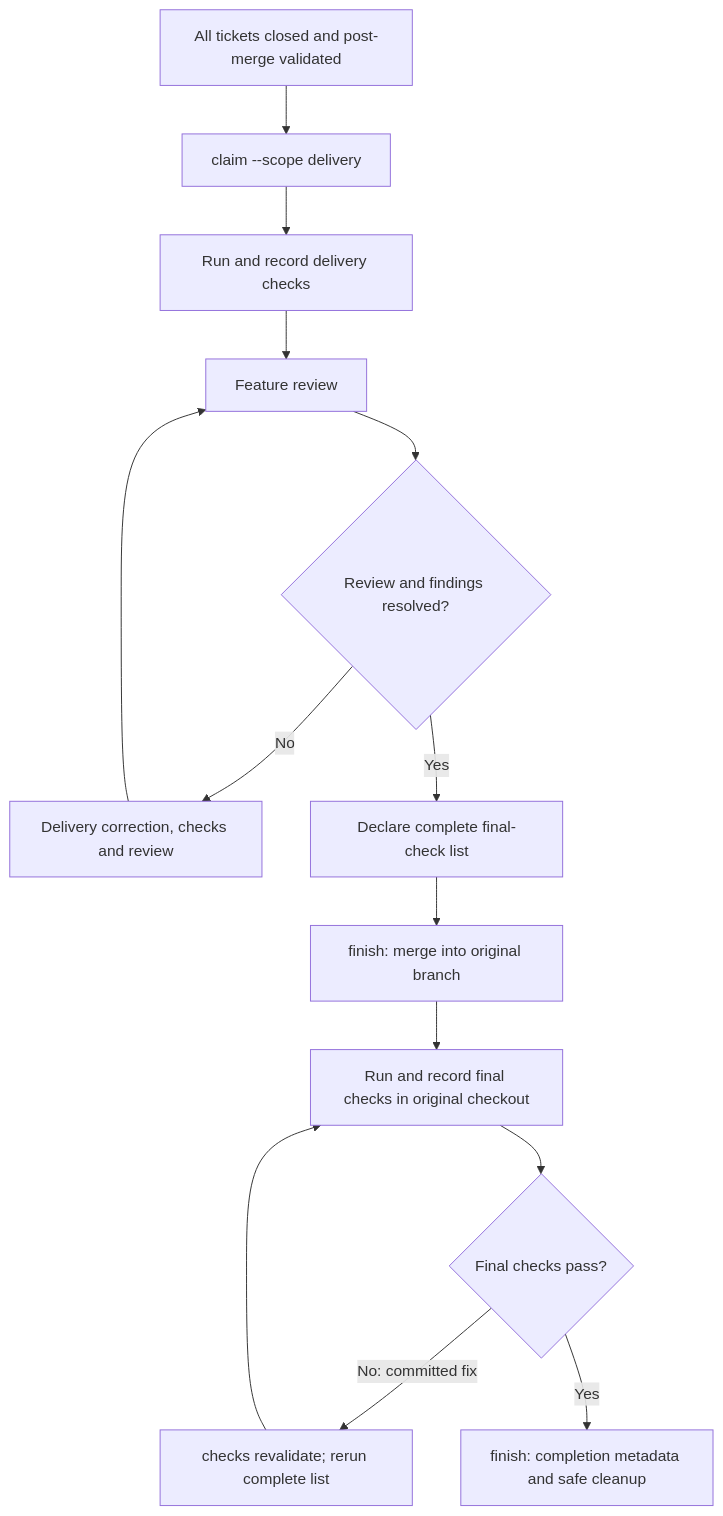
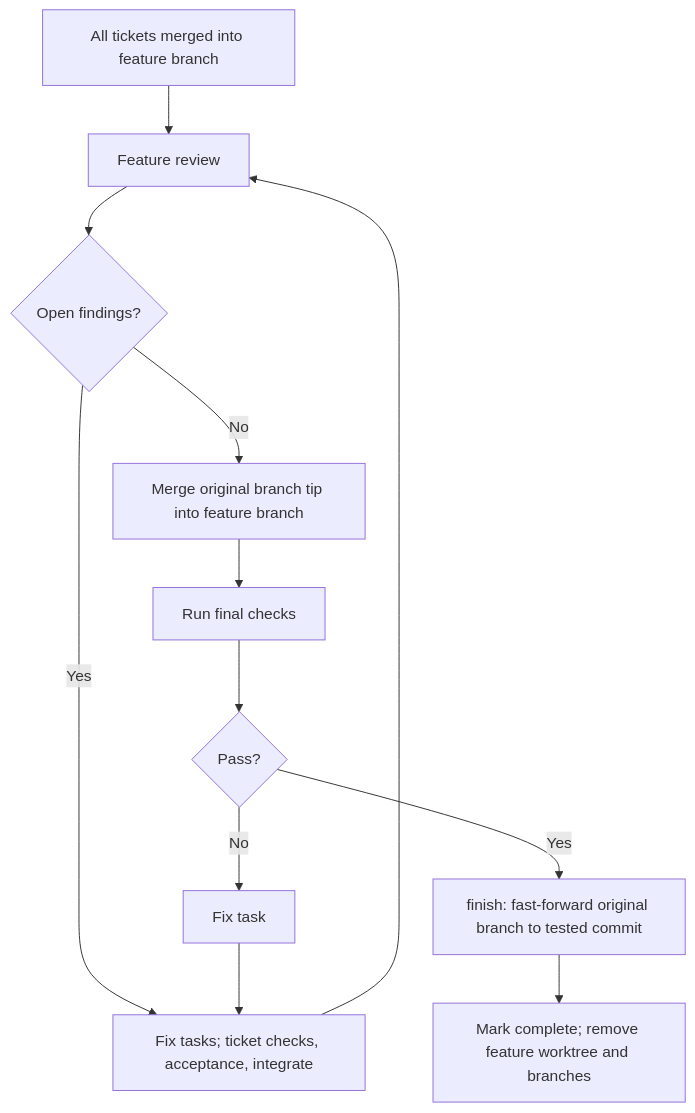
One commit to UseTheFork/spindle changed the seventh of 7 diagrams in SDD-WORKFLOWS.md. Above: the diagram before and after it, drawn with Mermaid. The commit also changed other lines of this file and 1 other file, not shown here.

````diff
--- a/SDD-WORKFLOWS.md
+++ b/SDD-WORKFLOWS.md
@@ -206,16 +282,14 @@
 ```mermaid
 flowchart TD
-    A["All tickets closed and post-merge validated"] --> B["claim --scope delivery"]
-    B --> C["Run and record delivery checks"]
-    C --> D["Feature review"]
-    D --> E{"Review and findings resolved?"}
-    E -->|"No"| F["Delivery correction, checks and review"]
-    F --> D
-    E -->|"Yes"| G["Declare complete final-check list"]
-    G --> H["finish: merge into original branch"]
-    H --> I["Run and record final checks in original checkout"]
-    I --> J{"Final checks pass?"}
-    J -->|"No: committed fix"| K["checks revalidate; rerun complete list"]
-    K --> I
-    J -->|"Yes"| L["finish: completion metadata and safe cleanup"]
+    A["All tickets merged into feature branch"] --> B["Feature review"]
+    B --> C{"Open findings?"}
+    C -->|"Yes"| D["Fix tasks; ticket checks, acceptance, integrate"]
+    D --> B
+    C -->|"No"| E["Merge original branch tip into feature branch"]
+    E --> F["Run final checks"]
+    F --> G{"Pass?"}
+    G -->|"No"| H["Fix task"]
+    H --> D
+    G -->|"Yes"| I["finish: fast-forward original branch to tested commit"]
+    I --> J["Mark complete; remove feature worktree and branches"]
 ```
````
